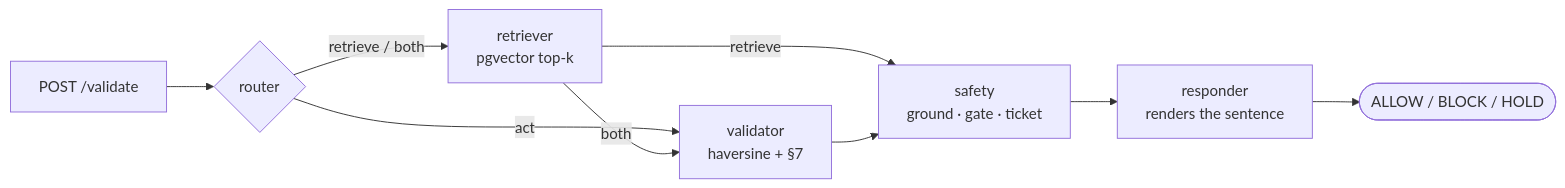
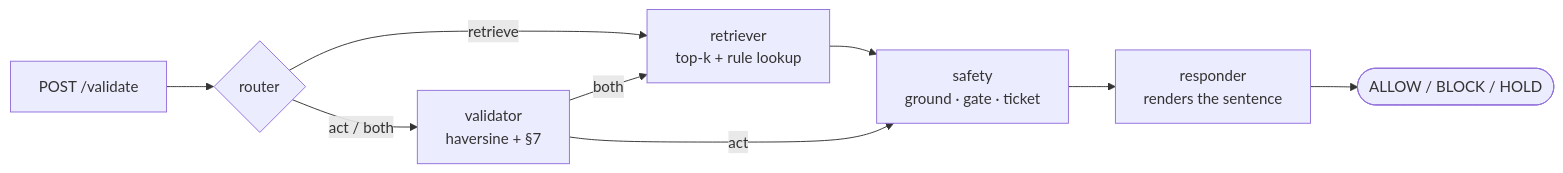
Before and after one commit to maczeo11/notam-guard: the diagram in README.md, drawn with Mermaid. The commit also changed other lines of this file and 5 other files, not shown here.

````diff
--- a/README.md
+++ b/README.md
@@ -46,11 +49,11 @@
 ```mermaid
 flowchart LR
   A[POST /validate] --> R{router}
-  R -->|retrieve / both| RET[retriever<br/>pgvector top-k]
-  R -->|act| VAL[validator<br/>haversine + §7]
-  RET -->|both| VAL
-  RET -->|retrieve| SAF
-  VAL --> SAF[safety<br/>ground · gate · ticket]
+  R -->|retrieve| RET[retriever<br/>top-k + rule lookup]
+  R -->|act / both| VAL[validator<br/>haversine + §7]
+  VAL -->|both| RET
+  VAL -->|act| SAF
+  RET --> SAF[safety<br/>ground · gate · ticket]
   SAF --> RES[responder<br/>renders the sentence]
   RES --> END([ALLOW / BLOCK / HOLD])
 ```
````
